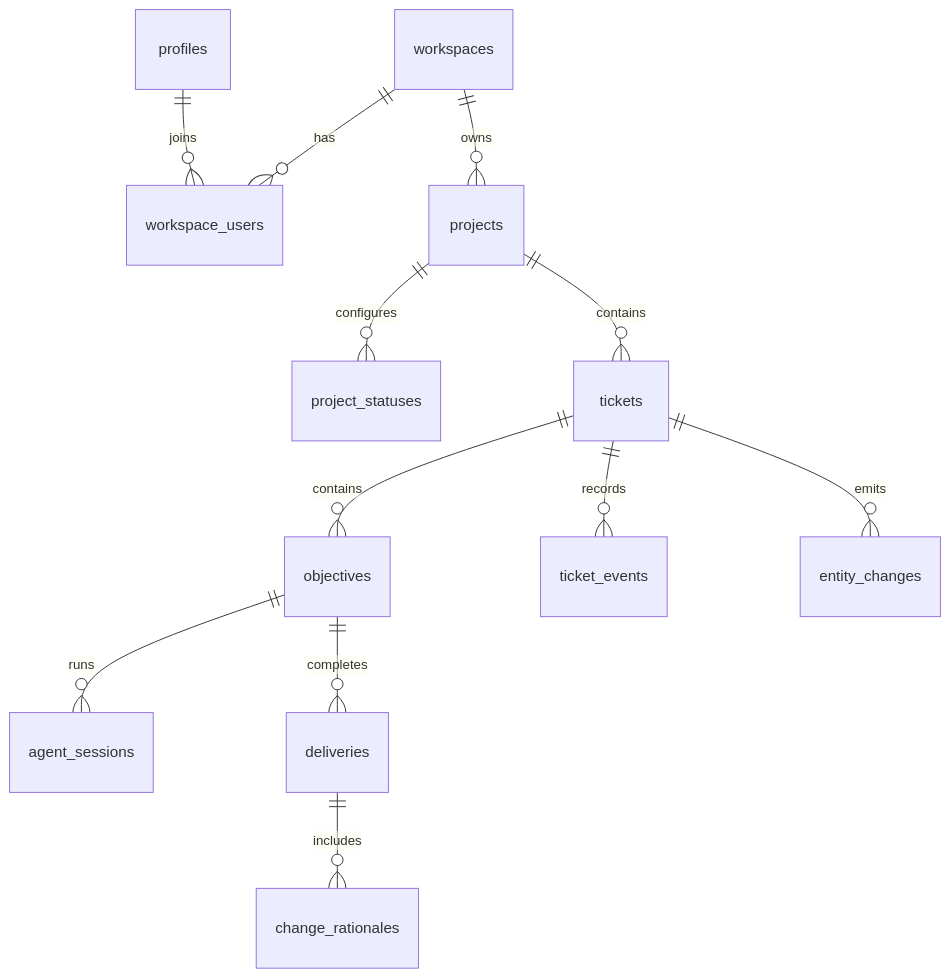
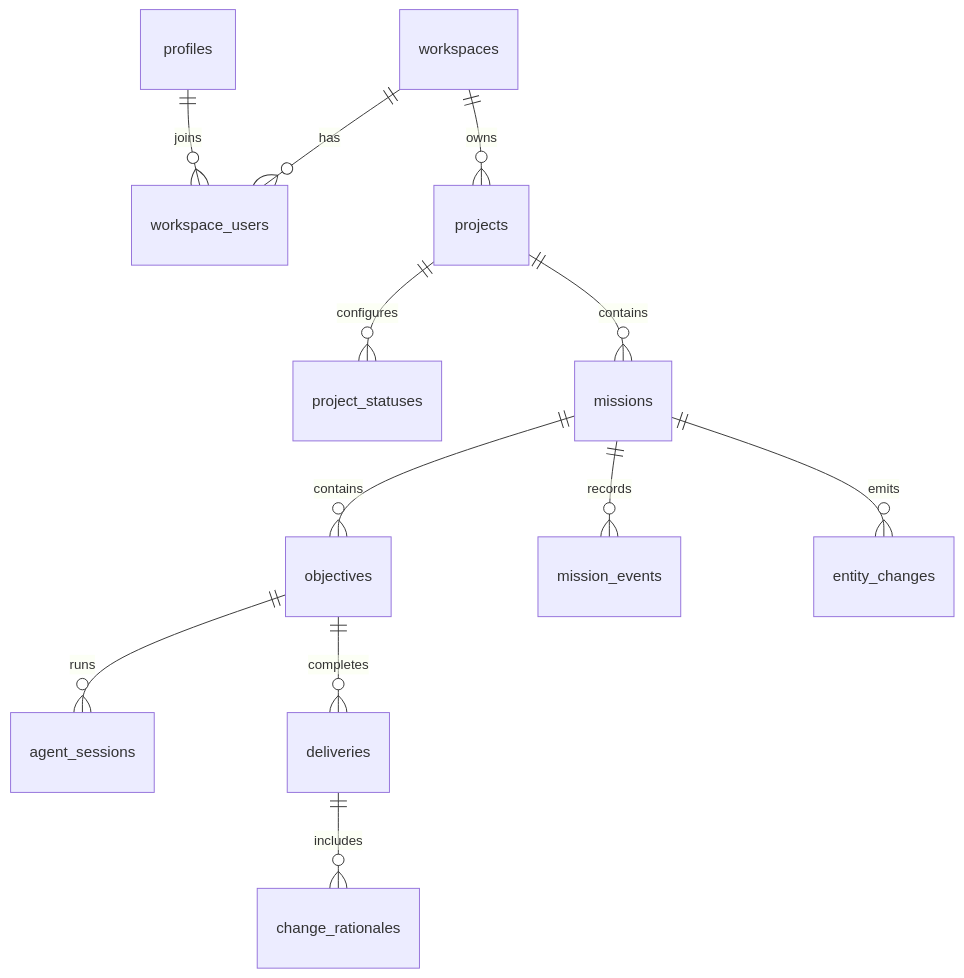
One commit to cooperativ-labs/OpenOverlord changed the diagram in database/docs/09-database-schema-contract.md. Above: the diagram before and after it, drawn with Mermaid. The commit also changed other lines of this file and 362 other files, not shown here.

First line of the commit message:
Update contract version to `0.43-draft` and transition from tickets to missions

````diff
--- a/database/docs/09-database-schema-contract.md
+++ b/database/docs/09-database-schema-contract.md
@@ -1679,14 +1679,14 @@
 ```mermaid
 erDiagram
   workspaces ||--o{ workspace_users : has
   profiles ||--o{ workspace_users : joins
   workspaces ||--o{ projects : owns
   projects ||--o{ project_statuses : configures
-  projects ||--o{ tickets : contains
-  tickets ||--o{ objectives : contains
+  projects ||--o{ missions : contains
+  missions ||--o{ objectives : contains
   objectives ||--o{ agent_sessions : runs
-  tickets ||--o{ ticket_events : records
+  missions ||--o{ mission_events : records
   objectives ||--o{ deliveries : completes
   deliveries ||--o{ change_rationales : includes
-  tickets ||--o{ entity_changes : emits
+  missions ||--o{ entity_changes : emits
 ```
````
